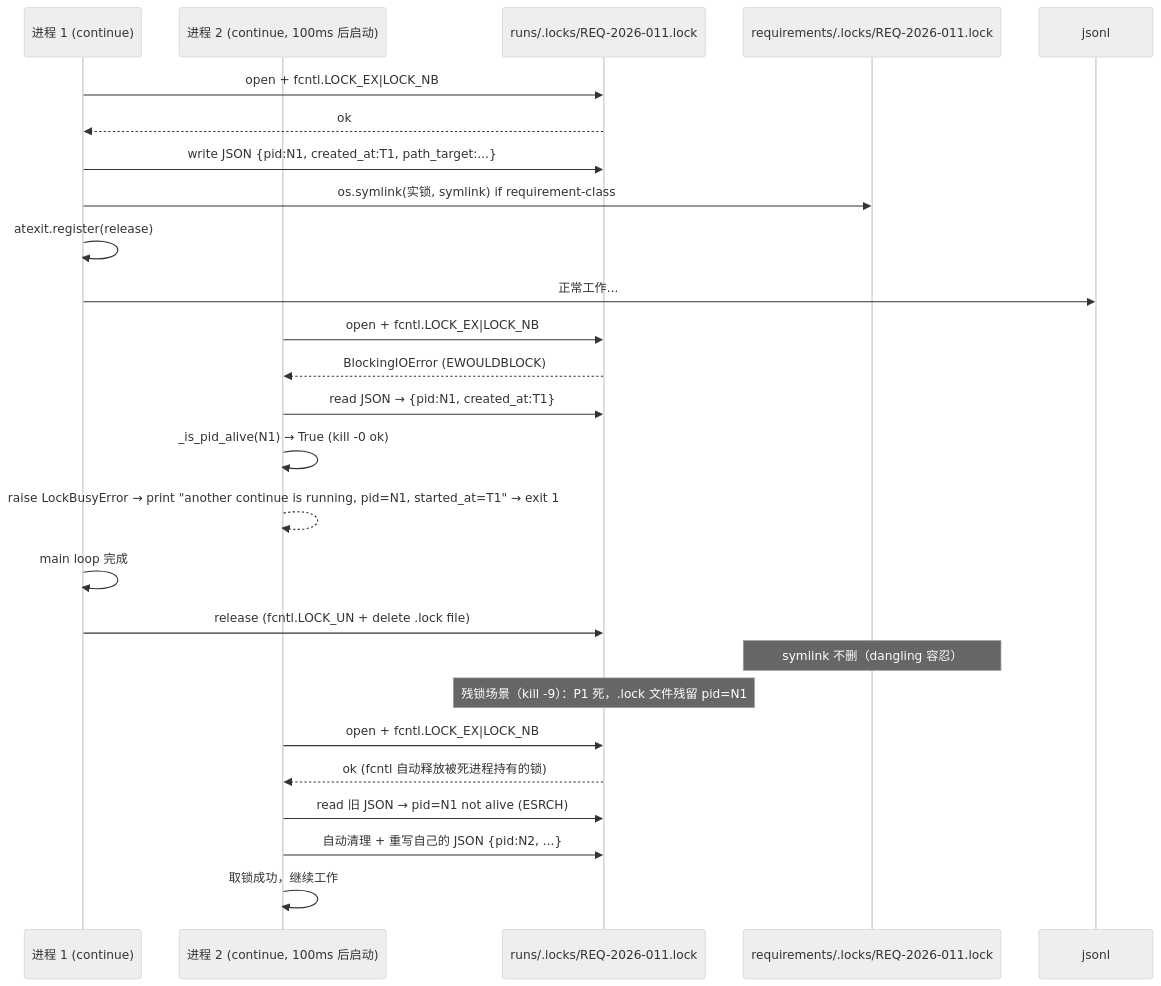
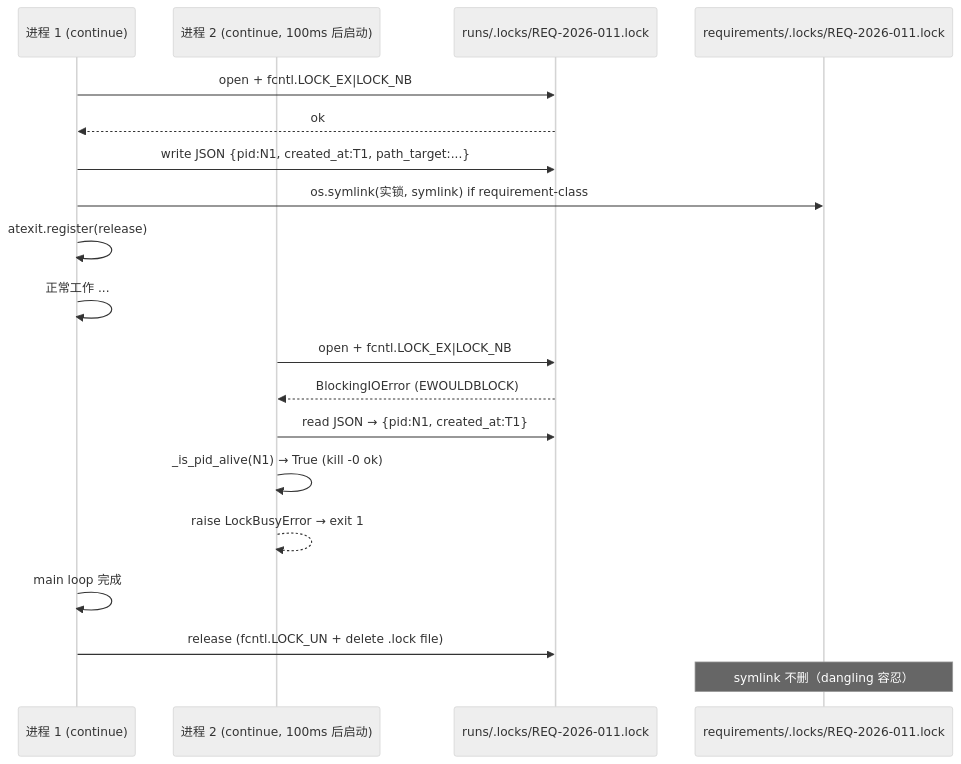
One commit to hjaaa/agentic-meta-engineering changed the seventh of 8 diagrams in requirements/REQ-2026-011/artifacts/detailed-design.md. Above: the diagram before and after it, drawn with Mermaid (neutral theme). The commit also changed other lines of this file and 2 other files, not shown here.

````diff
--- a/requirements/REQ-2026-011/artifacts/detailed-design.md
+++ b/requirements/REQ-2026-011/artifacts/detailed-design.md
@@ -1313,32 +1322,24 @@
 ```mermaid
 sequenceDiagram
     participant P1 as 进程 1 (continue)
     participant P2 as 进程 2 (continue, 100ms 后启动)
     participant Lock as runs/.locks/REQ-2026-011.lock
     participant SymLk as requirements/.locks/REQ-2026-011.lock
-    participant FS as jsonl
 
     P1->>Lock: open + fcntl.LOCK_EX|LOCK_NB
     Lock-->>P1: ok
     P1->>Lock: write JSON {pid:N1, created_at:T1, path_target:...}
     P1->>SymLk: os.symlink(实锁, symlink) if requirement-class
     P1->>P1: atexit.register(release)
-    P1->>FS: 正常工作...
+    P1->>P1: 正常工作 ...
 
     P2->>Lock: open + fcntl.LOCK_EX|LOCK_NB
     Lock-->>P2: BlockingIOError (EWOULDBLOCK)
     P2->>Lock: read JSON → {pid:N1, created_at:T1}
     P2->>P2: _is_pid_alive(N1) → True (kill -0 ok)
-    P2-->>P2: raise LockBusyError → print "another continue is running, pid=N1, started_at=T1" → exit 1
+    P2-->>P2: raise LockBusyError → exit 1
 
     P1->>P1: main loop 完成
     P1->>Lock: release (fcntl.LOCK_UN + delete .lock file)
     Note over SymLk: symlink 不删（dangling 容忍）
-
-    Note over Lock: 残锁场景（kill -9）：P1 死，.lock 文件残留 pid=N1
-    P2->>Lock: open + fcntl.LOCK_EX|LOCK_NB
-    Lock-->>P2: ok (fcntl 自动释放被死进程持有的锁)
-    P2->>Lock: read 旧 JSON → pid=N1 not alive (ESRCH)
-    P2->>Lock: 自动清理 + 重写自己的 JSON {pid:N2, ...}
-    P2->>P2: 取锁成功，继续工作
 ```
````
